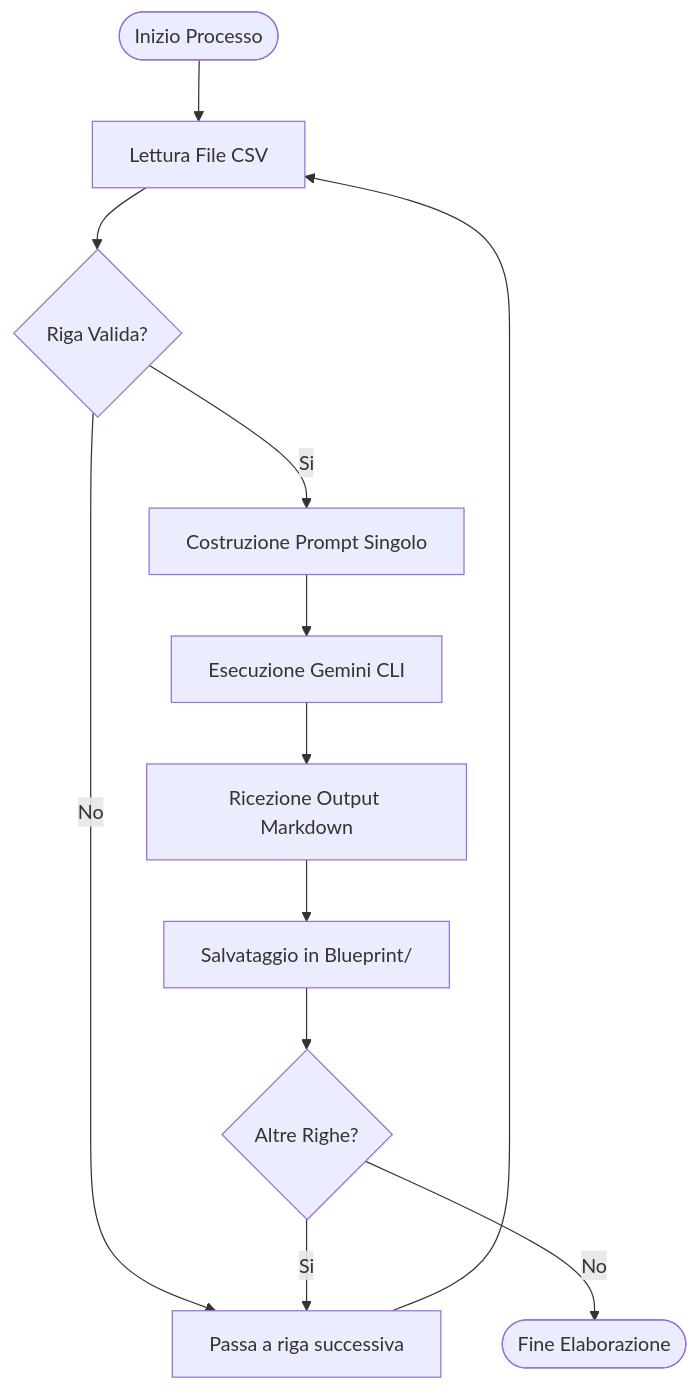
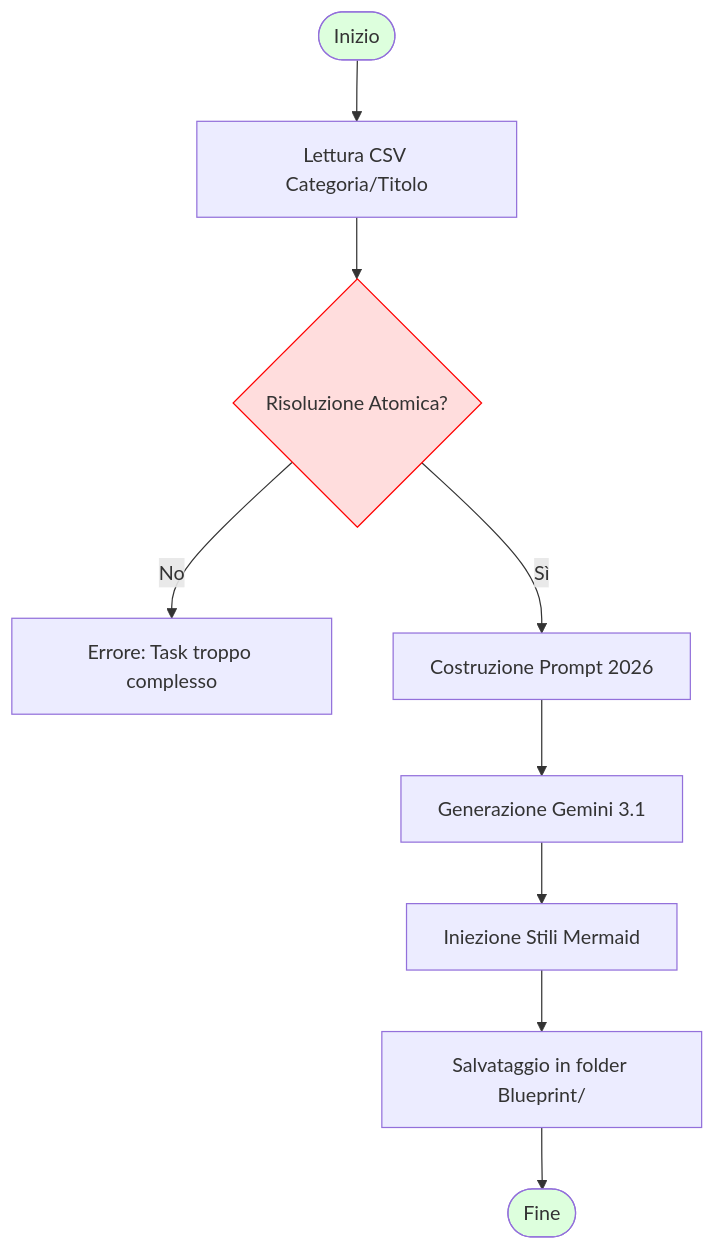
One commit to carmelobattiato/Generatore-Blueprint-GenAI changed the second of 2 diagrams in README.md. Above: the diagram before and after it, drawn with Mermaid. The commit also changed other lines of this file, not shown here.

````diff
--- a/README.md
+++ b/README.md
@@ -25,14 +126,15 @@
 ```mermaid
 flowchart TD
-    Start([Inizio Processo]) --> ReadCSV[Lettura File CSV]
-    ReadCSV --> CheckRow{Riga Valida?}
-    CheckRow -- No --> NextRow[Passa a riga successiva]
-    CheckRow -- Si --> BuildPrompt[Costruzione Prompt Singolo]
-    BuildPrompt --> CallGemini[Esecuzione Gemini CLI]
-    CallGemini --> ParseResponse[Ricezione Output Markdown]
-    ParseResponse --> SaveMD[Salvataggio in Blueprint/]
-    SaveMD --> CheckMore{Altre Righe?}
-    CheckMore -- Si --> NextRow
-    NextRow --> ReadCSV
-    CheckMore -- No --> End([Fine Elaborazione])
+    Start([Inizio]) --> CSV[Lettura CSV Categoria/Titolo]
+    CSV --> Logic{Risoluzione Atomica?}
+    Logic -- No --> Error[Errore: Task troppo complesso]
+    Logic -- Sì --> Prompt[Costruzione Prompt 2026]
+    Prompt --> Gen[Generazione Gemini 3.1]
+    Gen --> Mermaid[Iniezione Stili Mermaid]
+    Mermaid --> Save[Salvataggio in folder Blueprint/]
+    Save --> End([Fine])
+
+    style Start fill:#dfd
+    style End fill:#dfd
+    style Logic fill:#fdd,stroke:#f00
 ```
````
